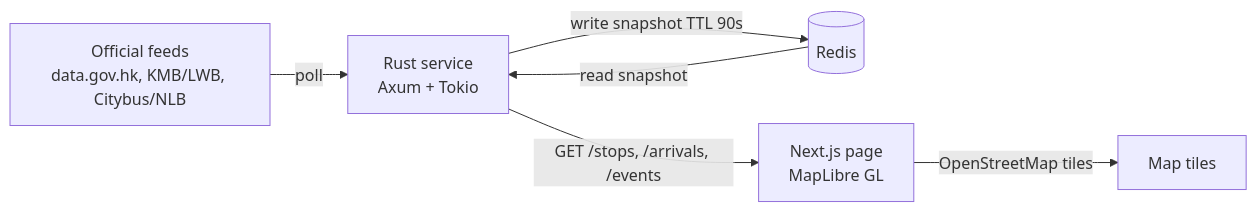
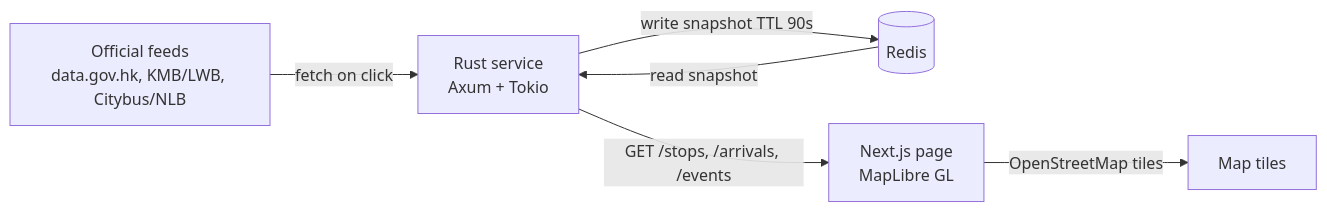
The diagram in README.md (iravan/realtime-hk-traffic), drawn with Mermaid before and after one commit. The commit also changed other lines of this file and 7 other files, not shown here.

````diff
--- a/README.md
+++ b/README.md
@@ -55,8 +55,8 @@
 ```mermaid
 flowchart LR
-    A[Official feeds<br/>data.gov.hk, KMB/LWB, Citybus/NLB] -->|poll| B[Rust service<br/>Axum + Tokio]
+    A[Official feeds<br/>data.gov.hk, KMB/LWB, Citybus/NLB] -->|fetch on click| B[Rust service<br/>Axum + Tokio]
     B -->|write snapshot TTL 90s| C[(Redis)]
     B -->|GET /stops, /arrivals, /events| D[Next.js page<br/>MapLibre GL]
     C -->|read snapshot| B
     D -->|OpenStreetMap tiles| E[Map tiles]
 ```
````
